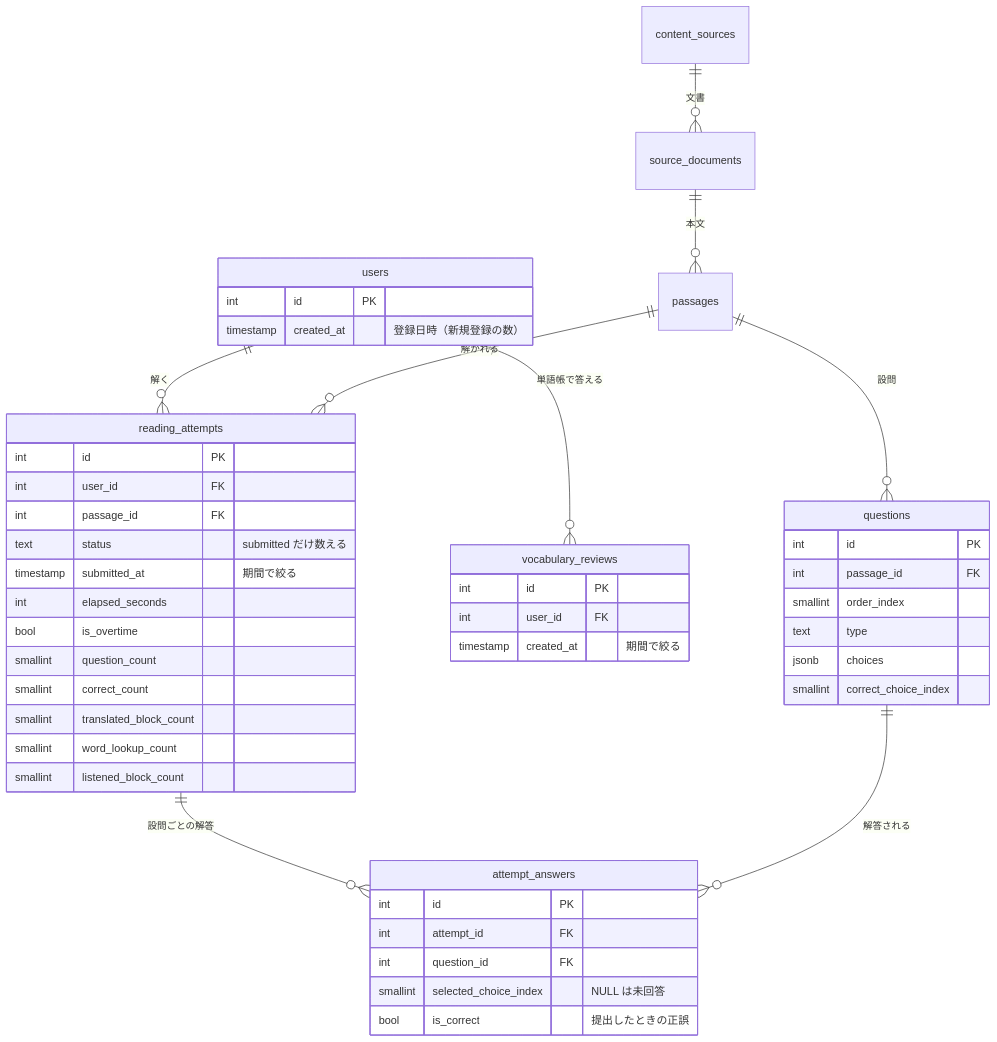
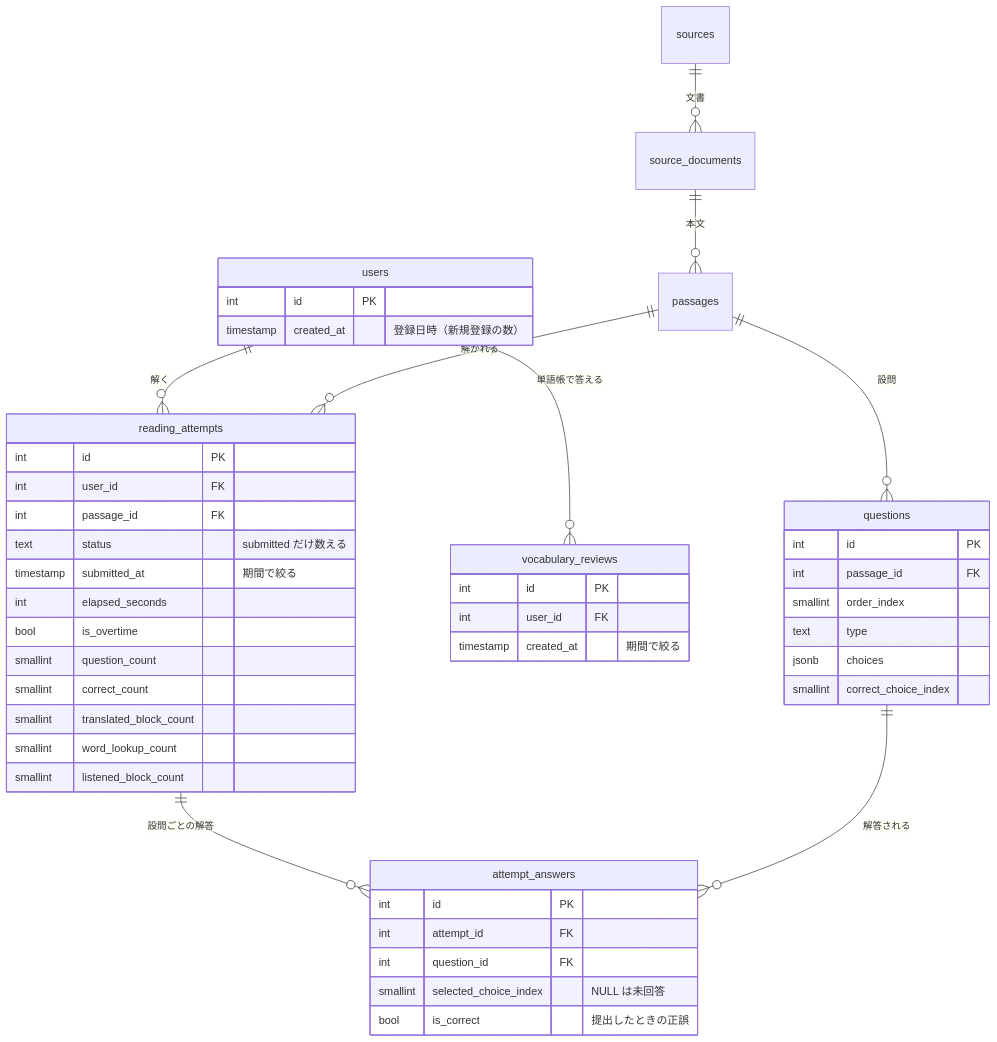
The first of 2 diagrams in docs/spec/admin-dashboard/README.md (kentakki416/tech-english), drawn with Mermaid before and after one commit. The commit also changed other lines of this file and 201 other files, not shown here.

Commit message:
refactor: ソースの名前を content-source から source にそろえる（テーブル・API の path・admin の URL・識別子・ファイル名）

````diff
--- a/docs/spec/admin-dashboard/README.md
+++ b/docs/spec/admin-dashboard/README.md
@@ -326,50 +326,50 @@
 ```mermaid
 erDiagram
     users ||--o{ reading_attempts : "解く"
     users ||--o{ vocabulary_reviews : "単語帳で答える"
     passages ||--o{ reading_attempts : "解かれる"
     passages ||--o{ questions : "設問"
-    content_sources ||--o{ source_documents : "文書"
+    sources ||--o{ source_documents : "文書"
     source_documents ||--o{ passages : "本文"
     reading_attempts ||--o{ attempt_answers : "設問ごとの解答"
     questions ||--o{ attempt_answers : "解答される"
 
     users {
         int id PK
         timestamp created_at "登録日時（新規登録の数）"
     }
     reading_attempts {
         int id PK
         int user_id FK
         int passage_id FK
         text status "submitted だけ数える"
         timestamp submitted_at "期間で絞る"
         int elapsed_seconds
         bool is_overtime
         smallint question_count
         smallint correct_count
         smallint translated_block_count
         smallint word_lookup_count
         smallint listened_block_count
     }
     attempt_answers {
         int id PK
         int attempt_id FK
         int question_id FK
         smallint selected_choice_index "NULL は未回答"
         bool is_correct "提出したときの正誤"
     }
     questions {
         int id PK
         int passage_id FK
         smallint order_index
         text type
         jsonb choices
         smallint correct_choice_index
     }
     vocabulary_reviews {
         int id PK
         int user_id FK
         timestamp created_at "期間で絞る"
     }
 ```
````
